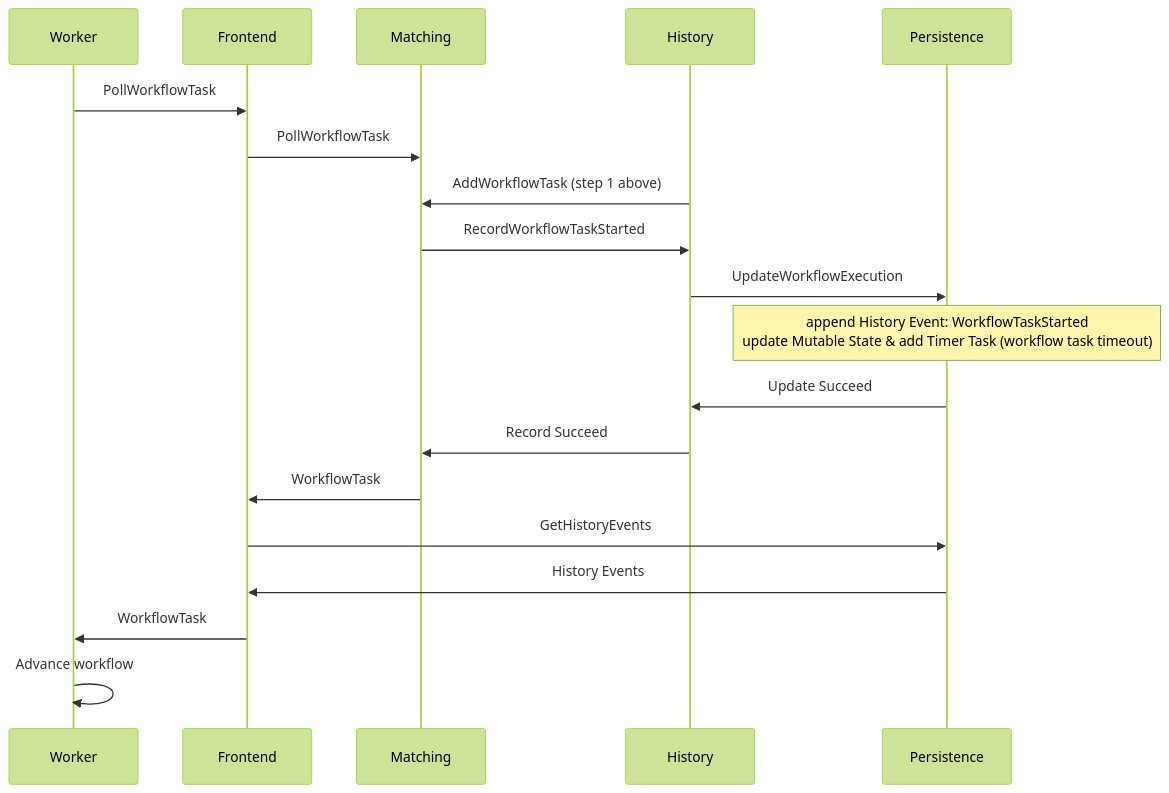
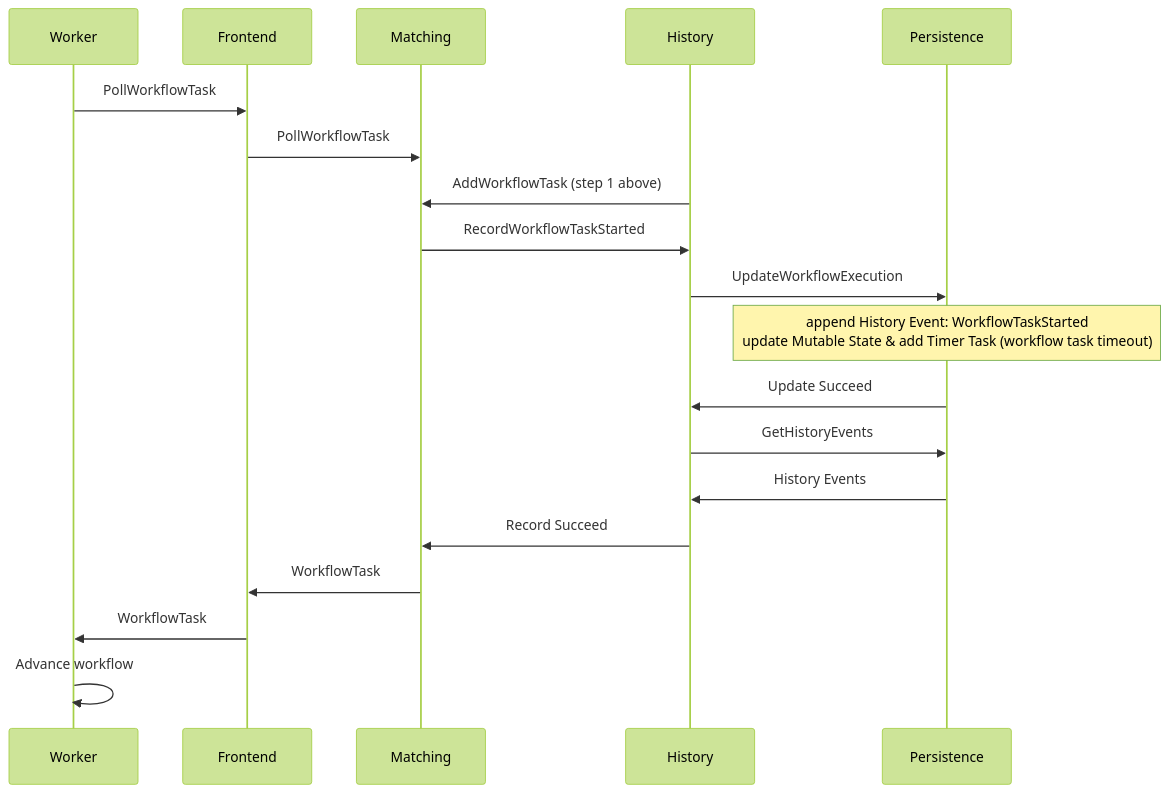
Before and after one commit to temporalio/temporal: the third of 14 diagrams in docs/architecture/workflow-lifecycle.md, drawn with Mermaid (forest theme). The commit also changed other lines of this file and 2 other files, not shown here.

Commit message:
Fix workflow lifecycle and matching diagrams

````diff
--- a/docs/architecture/workflow-lifecycle.md
+++ b/docs/architecture/workflow-lifecycle.md
@@ -97,16 +97,16 @@
 ```mermaid
 sequenceDiagram
 Worker->>Frontend: PollWorkflowTask
 Frontend->>Matching: PollWorkflowTask
 History->>Matching: AddWorkflowTask (step 1 above)
 Matching->>History: RecordWorkflowTaskStarted
 History->>Persistence: UpdateWorkflowExecution
 note over Persistence: append History Event: WorkflowTaskStarted<br>update Mutable State & add Timer Task (workflow task timeout)
 Persistence->>History: Update Succeed
+History->>Persistence: GetHistoryEvents
+Persistence->>History: History Events
 History->>Matching: Record Succeed
 Matching->>Frontend: WorkflowTask
-Frontend->>Persistence: GetHistoryEvents
-Persistence->>Frontend: History Events
 Frontend->>Worker: WorkflowTask
 Worker->>Worker: Advance workflow
 ```
````
